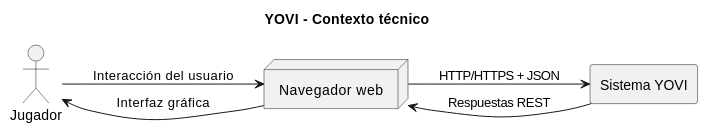
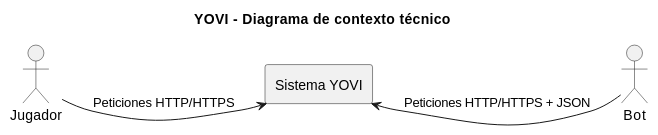
The second of 2 diagrams in docs/src/03_context_and_scope.adoc (Arquisoft/yovi_es5b), drawn with PlantUML before and after one commit. The commit also changed other lines of this file, not shown here.

```diff
--- a/docs/src/03_context_and_scope.adoc
+++ b/docs/src/03_context_and_scope.adoc
@@ -93,19 +30,22 @@
 [plantuml]
 ----
 @startuml
 left to right direction
 skinparam rectangleStyle rounded
 
-title YOVI - Contexto técnico
+title YOVI - Diagrama de contexto técnico
 
 actor Jugador
-node "Navegador web" as browser
 rectangle "Sistema YOVI" as system
+actor Bot
 
-Jugador --> browser : Interacción del usuario
-browser --> system : HTTP/HTTPS + JSON
-system --> browser : Respuestas REST
-browser --> Jugador : Interfaz gráfica
+' === Enlaces ocultos para forzar la posición central ===
+Jugador -[hidden]right- system
+system -[hidden]right- Bot
+
+' === Conexiones reales ===
+Jugador --> system : Peticiones HTTP/HTTPS
+Bot --> system : Peticiones HTTP/HTTPS + JSON
 
 @enduml
 ----
```
